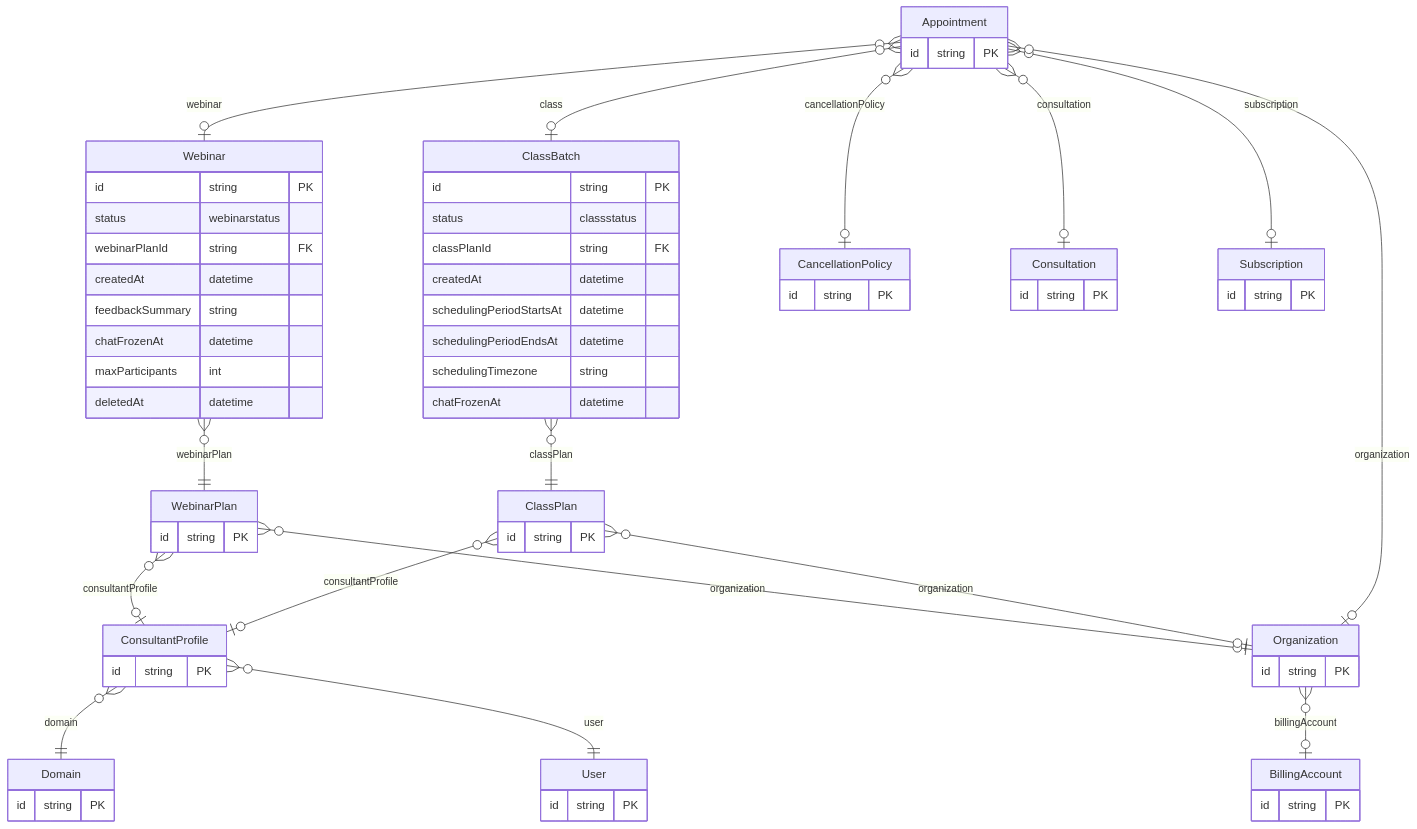
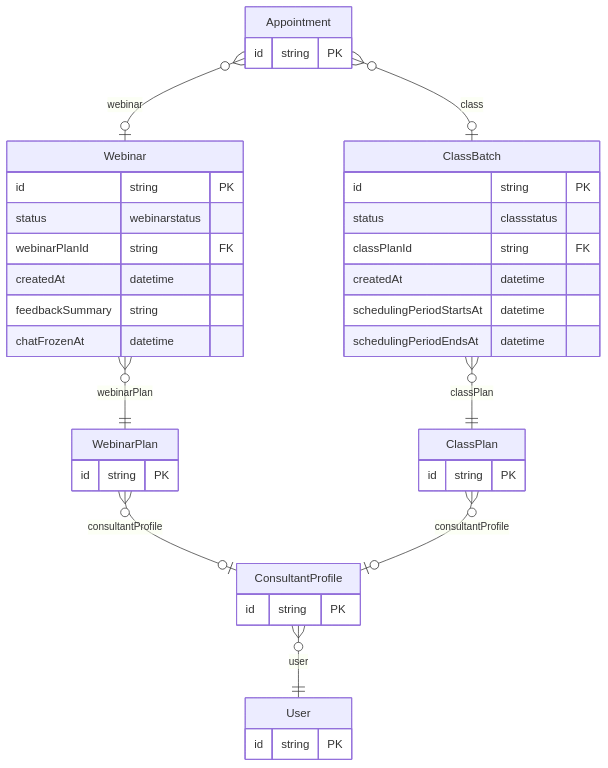
The second of 3 diagrams in docs/prisma/domains/03-bookings-and-appointments.md (Practitionist/familiarise_web), drawn with Mermaid before and after one commit. The commit also changed other lines of this file and 14 other files, not shown here.

````diff
--- a/docs/prisma/domains/03-bookings-and-appointments.md
+++ b/docs/prisma/domains/03-bookings-and-appointments.md
@@ -140,71 +91,41 @@
 ```mermaid
 erDiagram
     Webinar {
         id string PK
         status webinarstatus
         webinarPlanId string FK
         createdAt datetime
         feedbackSummary string
         chatFrozenAt datetime
-        maxParticipants int
-        deletedAt datetime
     }
     ClassBatch {
         id string PK
         status classstatus
         classPlanId string FK
         createdAt datetime
         schedulingPeriodStartsAt datetime
         schedulingPeriodEndsAt datetime
-        schedulingTimezone string
-        chatFrozenAt datetime
     }
     User {
         id string PK
     }
     ConsultantProfile {
         id string PK
     }
     WebinarPlan {
         id string PK
     }
     ClassPlan {
         id string PK
     }
-    Organization {
-        id string PK
-    }
     Appointment {
-        id string PK
-    }
-    Domain {
-        id string PK
-    }
-    BillingAccount {
-        id string PK
-    }
-    CancellationPolicy {
-        id string PK
-    }
-    Consultation {
-        id string PK
-    }
-    Subscription {
         id string PK
     }
     Webinar }o--|| WebinarPlan : "webinarPlan"
     ClassBatch }o--|| ClassPlan : "classPlan"
-    ConsultantProfile }o--|| Domain : "domain"
     ConsultantProfile }o--|| User : "user"
     WebinarPlan }o--o| ConsultantProfile : "consultantProfile"
-    WebinarPlan }o--o| Organization : "organization"
     ClassPlan }o--o| ConsultantProfile : "consultantProfile"
-    ClassPlan }o--o| Organization : "organization"
-    Organization }o--o| BillingAccount : "billingAccount"
-    Appointment }o--o| CancellationPolicy : "cancellationPolicy"
-    Appointment }o--o| Consultation : "consultation"
-    Appointment }o--o| Subscription : "subscription"
     Appointment }o--o| Webinar : "webinar"
     Appointment }o--o| ClassBatch : "class"
-    Appointment }o--o| Organization : "organization"
 ```
````
